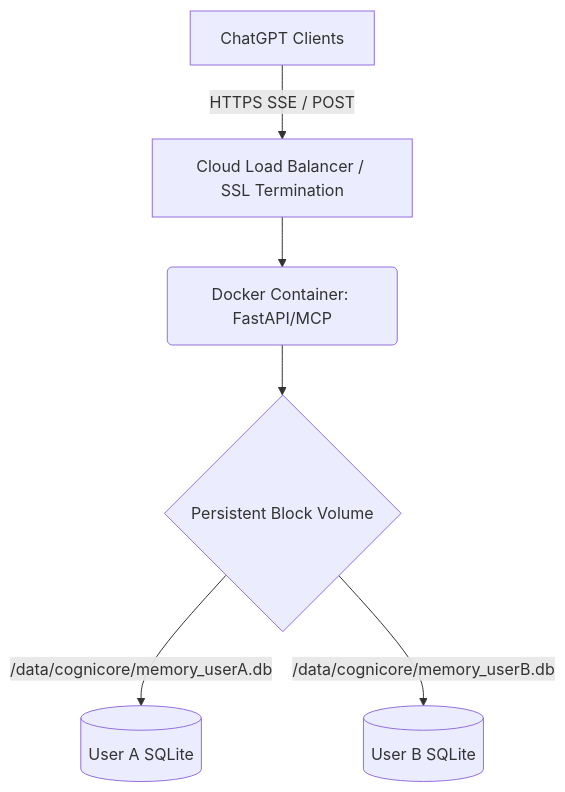
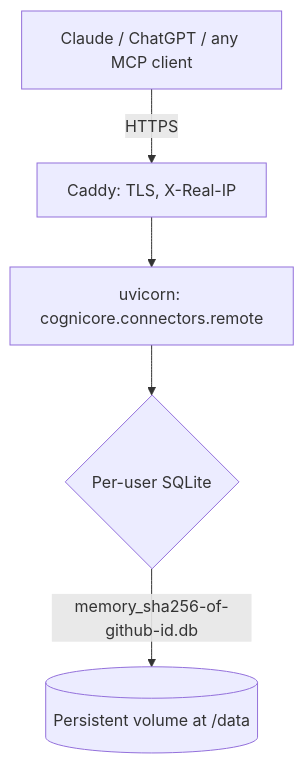
One commit to cognicore-dev/cognicore-env changed the diagram in docs/deployment.md. Above: the diagram before and after it, drawn with Mermaid. The commit also changed other lines of this file and 7 other files, not shown here.

````diff
--- a/docs/deployment.md
+++ b/docs/deployment.md
@@ -21,8 +14,7 @@
 ```mermaid
 graph TD
-    A[ChatGPT Clients] -->|HTTPS SSE / POST| B[Cloud Load Balancer / SSL Termination]
-    B --> C(Docker Container: FastAPI/MCP)
-    C --> D{Persistent Block Volume}
-    D -->|/data/cognicore/memory_userA.db| E[(User A SQLite)]
-    D -->|/data/cognicore/memory_userB.db| F[(User B SQLite)]
+    A[Claude / ChatGPT / any MCP client] -->|HTTPS| B[Caddy: TLS, X-Real-IP]
+    B --> C[uvicorn: cognicore.connectors.remote]
+    C --> D{Per-user SQLite}
+    D -->|memory_sha256-of-github-id.db| E[(Persistent volume at /data)]
 ```
````
